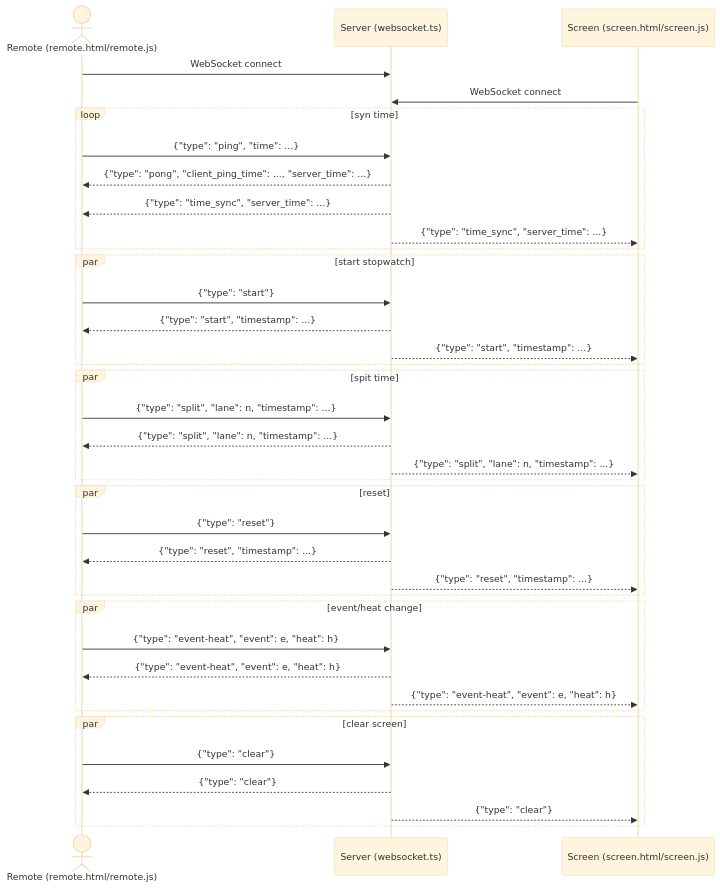
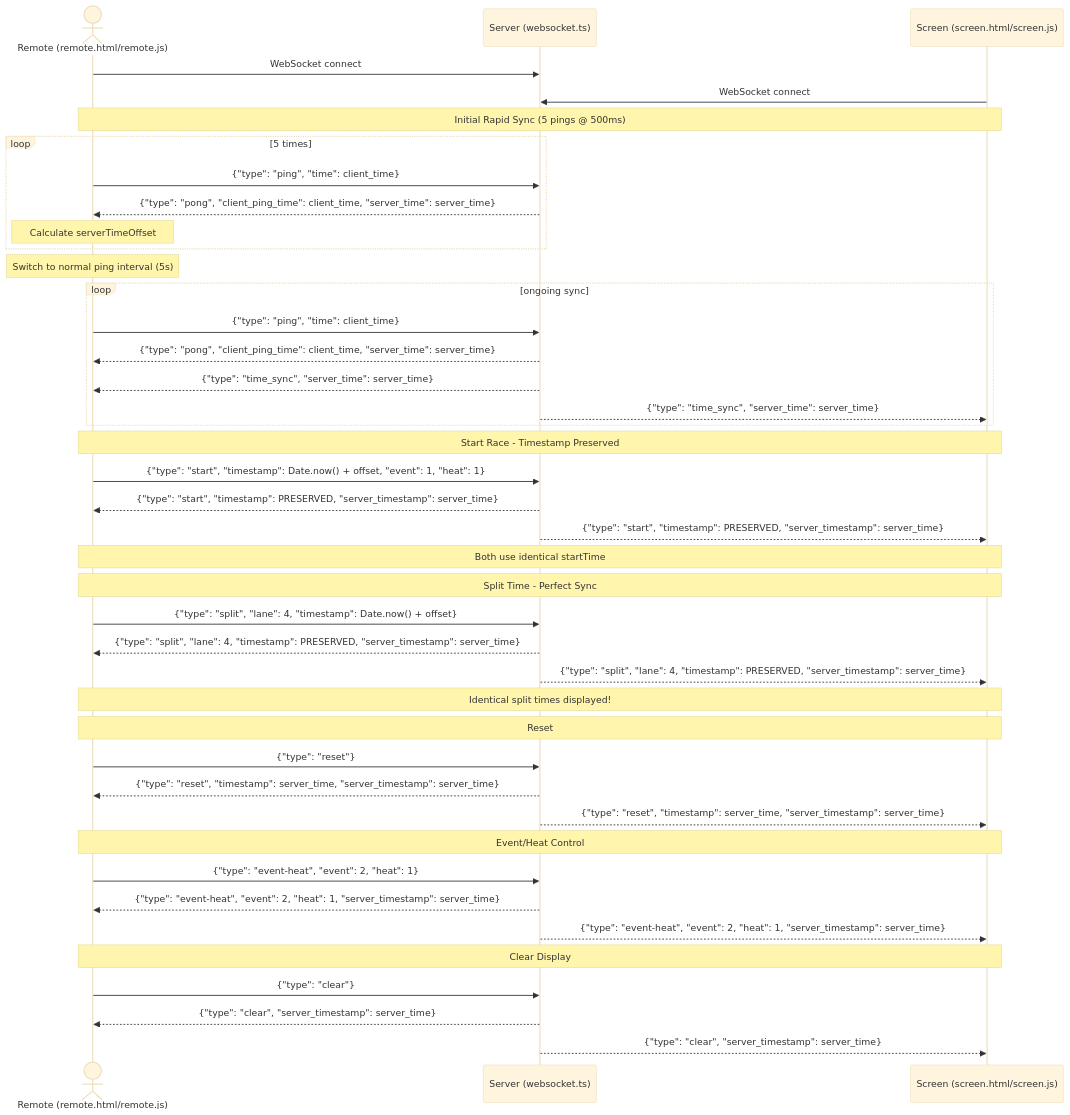
Before and after one commit to spelbreker/ws-swim-stopwatch: the diagram in docs/timesync.md, drawn with Mermaid (base theme). The commit also changed other lines of this file, not shown here.

Commit message:
fix: enhance time synchronization documentation and clarify timestamp preservation details

````diff
--- a/docs/timesync.md
+++ b/docs/timesync.md
@@ -21,51 +70,60 @@
 ```mermaid
 sequenceDiagram
     actor Remote as Remote (remote.html/remote.js)
     participant Server as Server (websocket.ts)
     participant Screen as Screen (screen.html/screen.js)
 
     %% Connection setup
     Remote->>Server: WebSocket connect
     Screen->>Server: WebSocket connect
 
-    %% Time sync and ping
-    loop syn time
-        Remote->>Server: {"type": "ping", "time": ...}
-        Server-->>Remote: {"type": "pong", "client_ping_time": ..., "server_time": ...}
-        Server-->>Remote: {"type": "time_sync", "server_time": ...}
-        Server-->>Screen: {"type": "time_sync", "server_time": ...}
+    %% Initial rapid time sync
+    Note over Remote,Screen: Initial Rapid Sync (5 pings @ 500ms)
+    loop 5 times
+        Remote->>Server: {"type": "ping", "time": client_time}
+        Server-->>Remote: {"type": "pong", "client_ping_time": client_time, "server_time": server_time}
+        Note over Remote: Calculate serverTimeOffset
+    end
+    
+    Note over Remote: Switch to normal ping interval (5s)
+
+    %% Ongoing time sync
+    loop ongoing sync
+        Remote->>Server: {"type": "ping", "time": client_time}
+        Server-->>Remote: {"type": "pong", "client_ping_time": client_time, "server_time": server_time}
+        Server-->>Remote: {"type": "time_sync", "server_time": server_time}
+        Server-->>Screen: {"type": "time_sync", "server_time": server_time}
     end
 
-    %% Start stopwatch
-    par start stopwatch  
-        Remote->>Server: {"type": "start"}
-        Server-->>Remote: {"type": "start", "timestamp": ...}
-        Server-->>Screen: {"type": "start", "timestamp": ...}
-    end
+    %% Start stopwatch (with timestamp preservation)
+    Note over Remote,Screen: Start Race - Timestamp Preserved
+    Remote->>Server: {"type": "start", "timestamp": Date.now() + offset, "event": 1, "heat": 1}
+    Server-->>Remote: {"type": "start", "timestamp": PRESERVED, "server_timestamp": server_time}
+    Server-->>Screen: {"type": "start", "timestamp": PRESERVED, "server_timestamp": server_time}
+    Note over Remote,Screen: Both use identical startTime
 
-par spit time
-    %% Split (lap) event
-    Remote->>Server: {"type": "split", "lane": n, "timestamp": ...}
-    Server-->>Remote: {"type": "split", "lane": n, "timestamp": ...}
-    Server-->>Screen: {"type": "split", "lane": n, "timestamp": ...}
-end
+    %% Split time (with timestamp preservation)
+    Note over Remote,Screen: Split Time - Perfect Sync
+    Remote->>Server: {"type": "split", "lane": 4, "timestamp": Date.now() + offset}
+    Server-->>Remote: {"type": "split", "lane": 4, "timestamp": PRESERVED, "server_timestamp": server_time}
+    Server-->>Screen: {"type": "split", "lane": 4, "timestamp": PRESERVED, "server_timestamp": server_time}
+    Note over Remote,Screen: Identical split times displayed!
 
-par reset
     %% Reset stopwatch
+    Note over Remote,Screen: Reset
     Remote->>Server: {"type": "reset"}
-    Server-->>Remote: {"type": "reset", "timestamp": ...}
-    Server-->>Screen: {"type": "reset", "timestamp": ...}
-end
-par event/heat change
-    %% Change event/heat
-    Remote->>Server: {"type": "event-heat", "event": e, "heat": h}
-    Server-->>Remote: {"type": "event-heat", "event": e, "heat": h}
-    Server-->>Screen: {"type": "event-heat", "event": e, "heat": h}
-end
-par clear screen
+    Server-->>Remote: {"type": "reset", "timestamp": server_time, "server_timestamp": server_time}
+    Server-->>Screen: {"type": "reset", "timestamp": server_time, "server_timestamp": server_time}
+
+    %% Event/heat change
+    Note over Remote,Screen: Event/Heat Control
+    Remote->>Server: {"type": "event-heat", "event": 2, "heat": 1}
+    Server-->>Remote: {"type": "event-heat", "event": 2, "heat": 1, "server_timestamp": server_time}
+    Server-->>Screen: {"type": "event-heat", "event": 2, "heat": 1, "server_timestamp": server_time}
+
     %% Clear screen
+    Note over Remote,Screen: Clear Display
     Remote->>Server: {"type": "clear"}
-    Server-->>Remote: {"type": "clear"}
-    Server-->>Screen: {"type": "clear"}
-end
+    Server-->>Remote: {"type": "clear", "server_timestamp": server_time}
+    Server-->>Screen: {"type": "clear", "server_timestamp": server_time}
 ```
````
